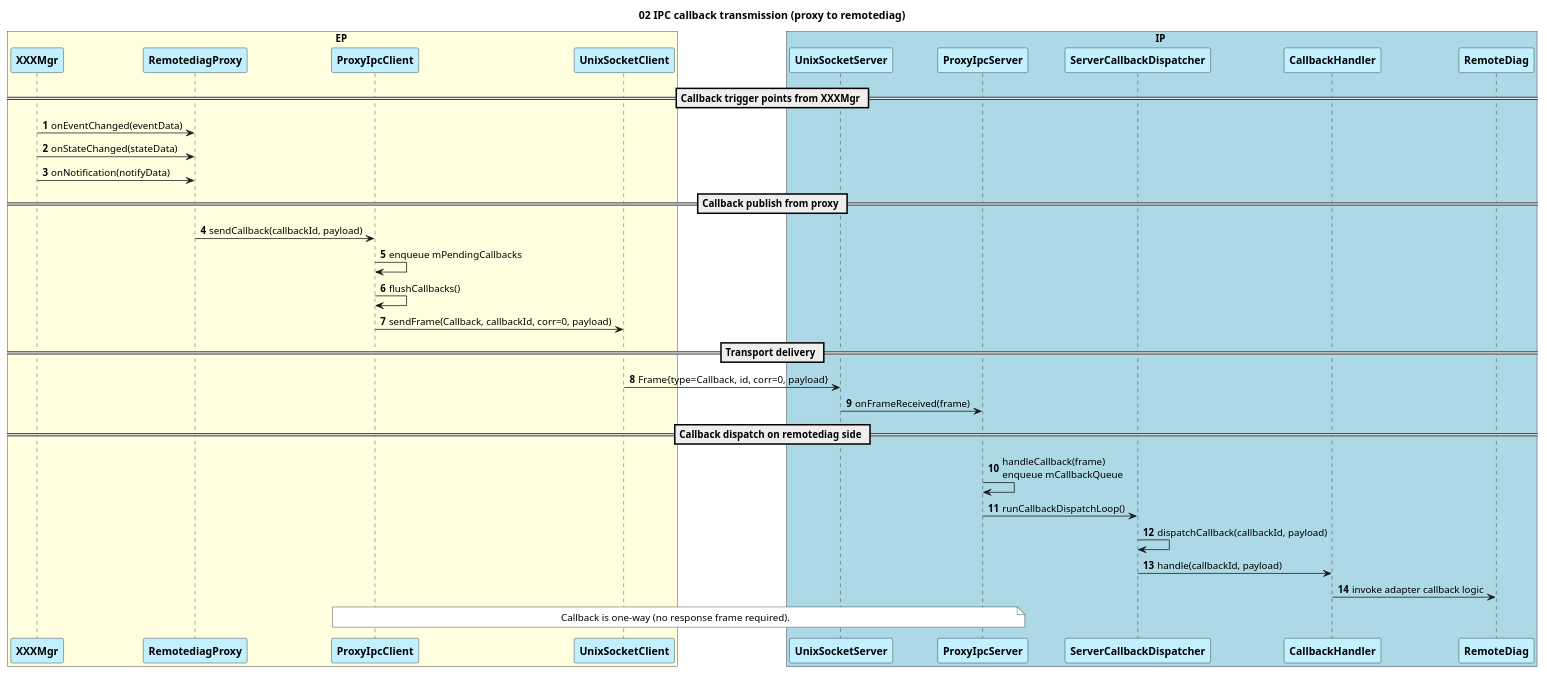
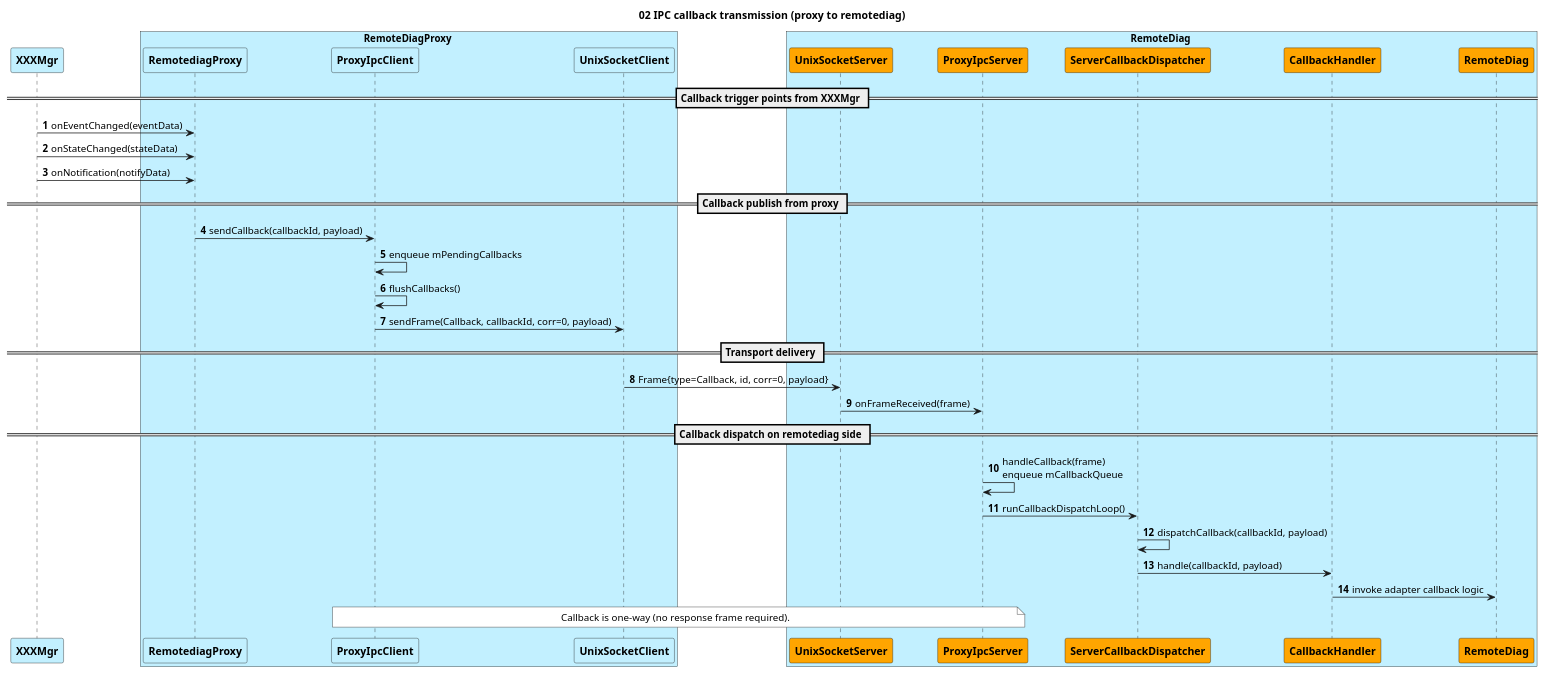
Before and after one commit to btqt/fe: the diagram in design/fe_code/13-02 IPC callback transmission (proxy to remotediag).puml, drawn with PlantUML. The commit also changed 7 other files, not shown here.

```diff
--- a/design/fe_code/13-02 IPC callback transmission (proxy to remotediag).puml
+++ b/design/fe_code/13-02 IPC callback transmission (proxy to remotediag).puml
@@ -1,49 +1,49 @@
 @startuml IPC callback transmission (proxy to remotediag)
 
 title 02 IPC callback transmission (proxy to remotediag)
 ' !pragma teoz true
 
 autonumber
 
-box EP #lightYellow
     participant "<b>XXXMgr" as XXX #Application
+box RemoteDiagProxy #Application
     participant "<b>RemotediagProxy" as PROXY #Application
     participant "<b>ProxyIpcClient" as CLI #Application
     participant "<b>UnixSocketClient" as USC #Application
 endbox
 
-box IP #lightBlue
-    participant "<b>UnixSocketServer" as USS #Application
-    participant "<b>ProxyIpcServer" as SRV #Application
-    participant "<b>ServerCallbackDispatcher" as SRV_DISP #Application
-    participant "<b>CallbackHandler" as SRV_CB_HDL #Application
-    participant "<b>RemoteDiag" as RDG #Application
+box RemoteDiag #Application
+    participant "<b>UnixSocketServer" as USS #Orange
+    participant "<b>ProxyIpcServer" as SRV #Orange
+    participant "<b>ServerCallbackDispatcher" as SRV_DISP #Orange
+    participant "<b>CallbackHandler" as SRV_CB_HDL #Orange
+    participant "<b>RemoteDiag" as RDG #Orange
 endbox
 
 == Callback trigger points from XXXMgr ==
 XXX->PROXY: onEventChanged(eventData)
 XXX->PROXY: onStateChanged(stateData)
 XXX->PROXY: onNotification(notifyData)
 
 == Callback publish from proxy ==
 PROXY->CLI: sendCallback(callbackId, payload)
 CLI->CLI: enqueue mPendingCallbacks
 CLI->CLI: flushCallbacks()
 CLI->USC: sendFrame(Callback, callbackId, corr=0, payload)
 
 == Transport delivery ==
 USC->USS: Frame{type=Callback, id, corr=0, payload}
 USS->SRV: onFrameReceived(frame)
 
 == Callback dispatch on remotediag side ==
 SRV->SRV: handleCallback(frame)\nenqueue mCallbackQueue
 SRV->SRV_DISP: runCallbackDispatchLoop()
 SRV_DISP->SRV_DISP: dispatchCallback(callbackId, payload)
 SRV_DISP->SRV_CB_HDL: handle(callbackId, payload)
 SRV_CB_HDL->RDG: invoke adapter callback logic
 
 note over CLI,SRV #White
 Callback is one-way (no response frame required).
 end note
 
 @enduml
```
